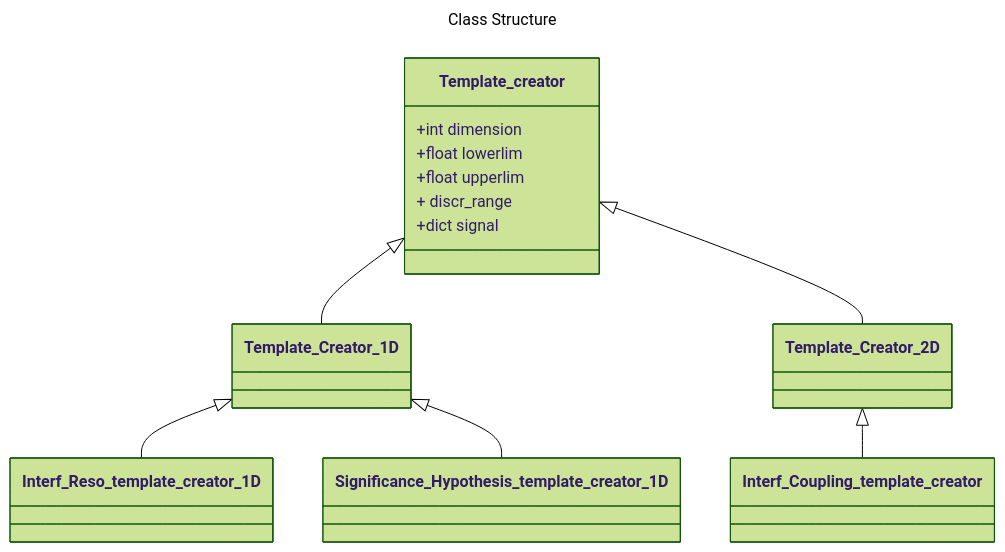
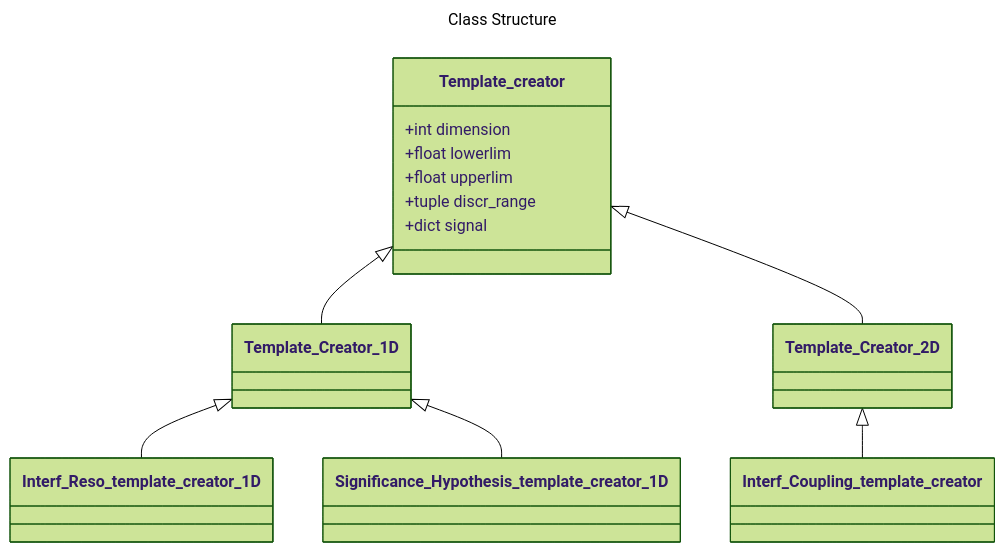
Before and after one commit to hexutils/Combine-Template-Creation: the diagram in README.md, drawn with Mermaid (forest theme).

````diff
--- a/README.md
+++ b/README.md
@@ -27,18 +27,18 @@
 ```mermaid
 ---
 title: Class Structure
 ---
 classDiagram
   Template_creator <|-- Template_Creator_1D
   Template_creator <|-- Template_Creator_2D
   Template_Creator_2D <|-- Interf_Coupling_template_creator
   Template_Creator_1D <|-- Interf_Reso_template_creator_1D
   Template_Creator_1D <|-- Significance_Hypothesis_template_creator_1D
   class Template_creator{
     +int dimension
     +float lowerlim
     +float upperlim
-    +<float, float> discr_range
+    +tuple<float, float> discr_range
     +dict signal
   }
 ```
````
